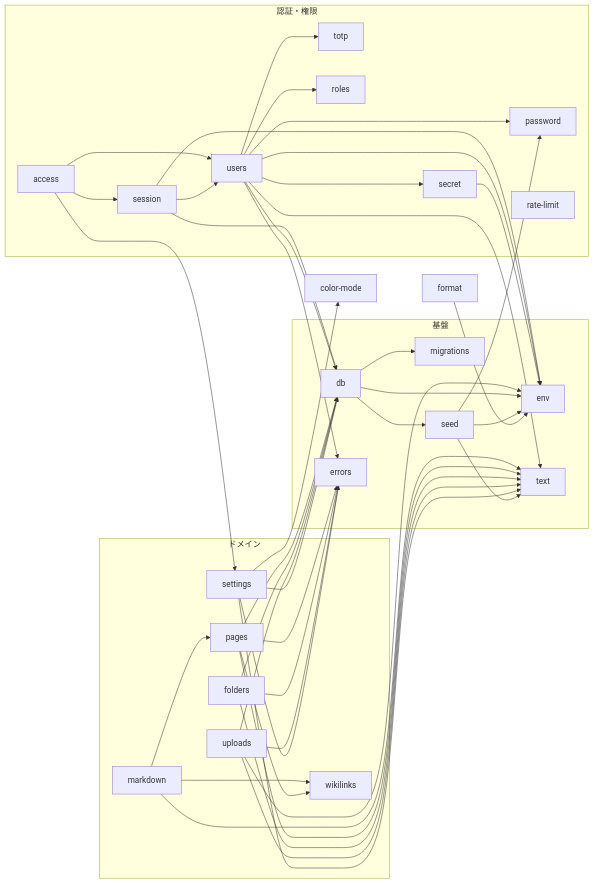
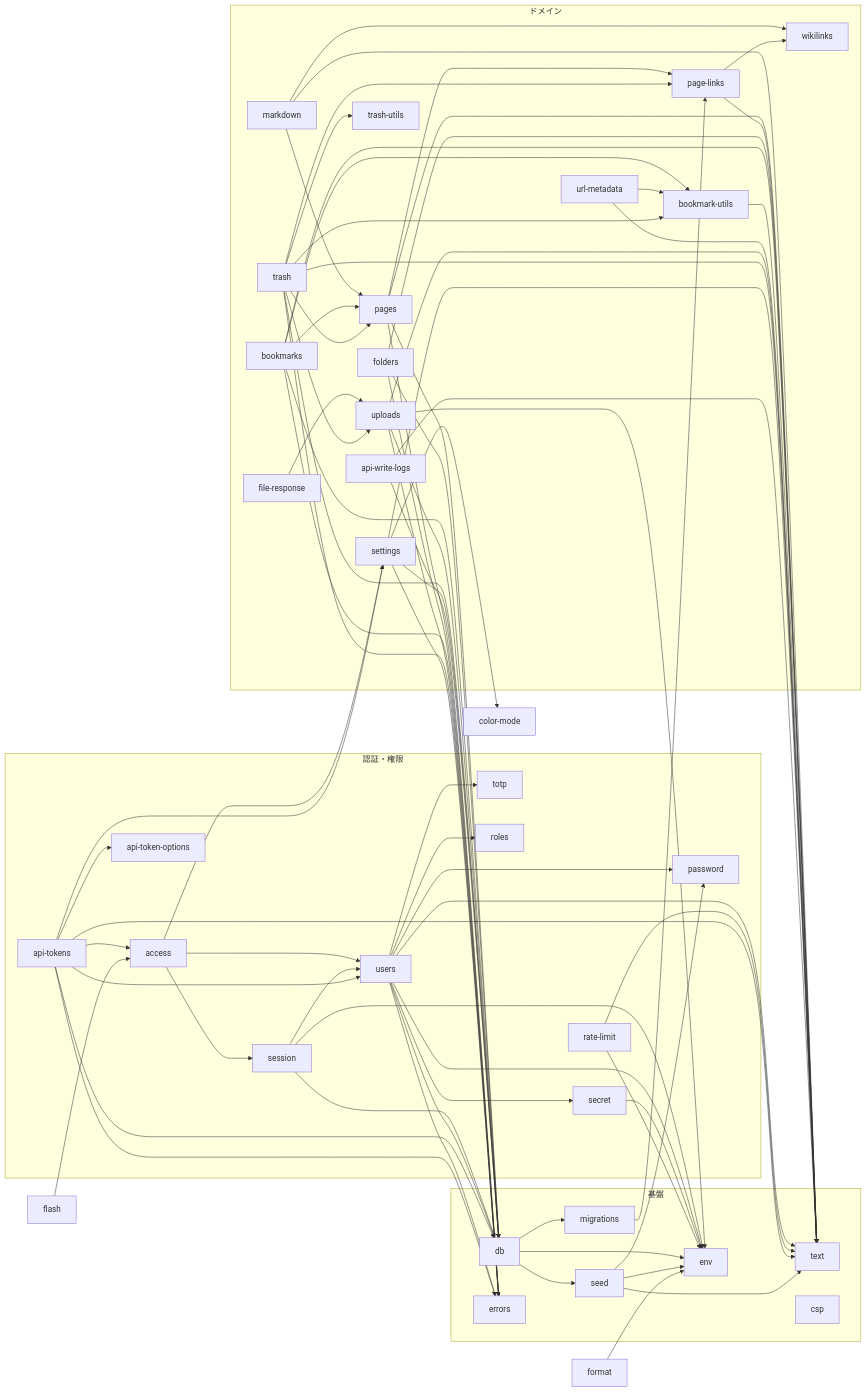
One commit to jobjohn/test-wiki changed the second of 3 diagrams in docs/module-structure.md. Above: the diagram before and after it, drawn with Mermaid. The commit also changed other lines of this file, not shown here.

First line of the commit message:
docs: update module structure diagram to the current source tree

````diff
--- a/docs/module-structure.md
+++ b/docs/module-structure.md
@@ -40,46 +46,68 @@
 ```mermaid
 flowchart LR
   subgraph auth["認証・権限"]
     access
     session
     users
     password
     totp
     secret
     roles
     rate-limit
+    api-tokens
+    api-token-options
   end
 
   subgraph domain["ドメイン"]
     pages
+    page-links
     folders
+    bookmarks
+    bookmark-utils
+    url-metadata
     uploads
+    file-response
+    trash
+    trash-utils
     settings
     markdown
     wikilinks
+    api-write-logs
   end
 
   subgraph infra["基盤"]
     db
     migrations
     seed
     env
     errors
     text
+    csp
   end
 
   access --> session & settings & users
   session --> db & env & users
   users --> db & env & errors & password & roles & secret & text & totp
   secret --> env
+  rate-limit --> env & text
+  api-tokens --> access & api-token-options & db & errors & settings & text & users
+  flash --> access
 
   markdown --> pages & text & wikilinks
-  pages --> db & errors & text & wikilinks
+  pages --> db & errors & page-links & text
+  page-links --> text & wikilinks
   folders --> db & errors & text
+  bookmarks --> bookmark-utils & db & errors & pages & text
+  bookmark-utils --> text
+  url-metadata --> bookmark-utils & text
   uploads --> db & env & errors & text
+  file-response --> uploads
+  trash --> bookmark-utils & db & errors & page-links & pages & text & trash-utils & uploads
   settings --> color-mode & db & errors & text
+  api-write-logs --> db & text
 
   db --> env & migrations & seed
+  migrations --> page-links
   seed --> env & password & text
   format --> env
 ```
````
